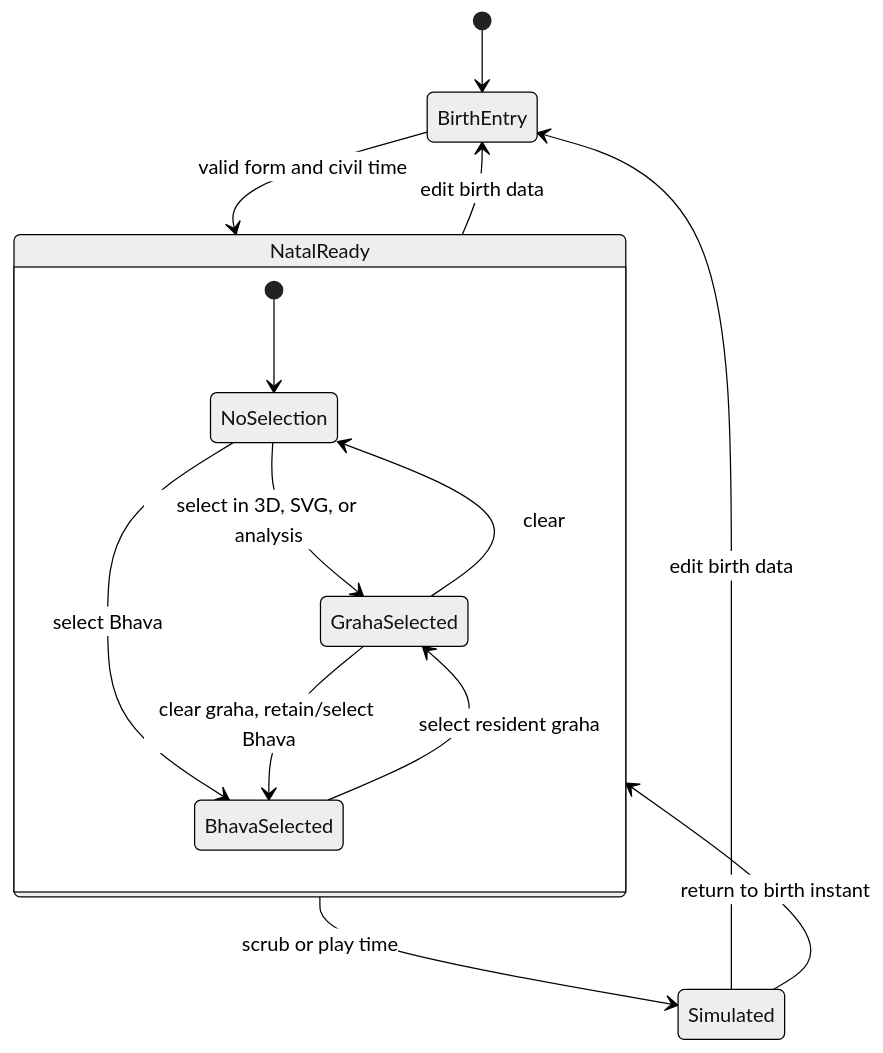
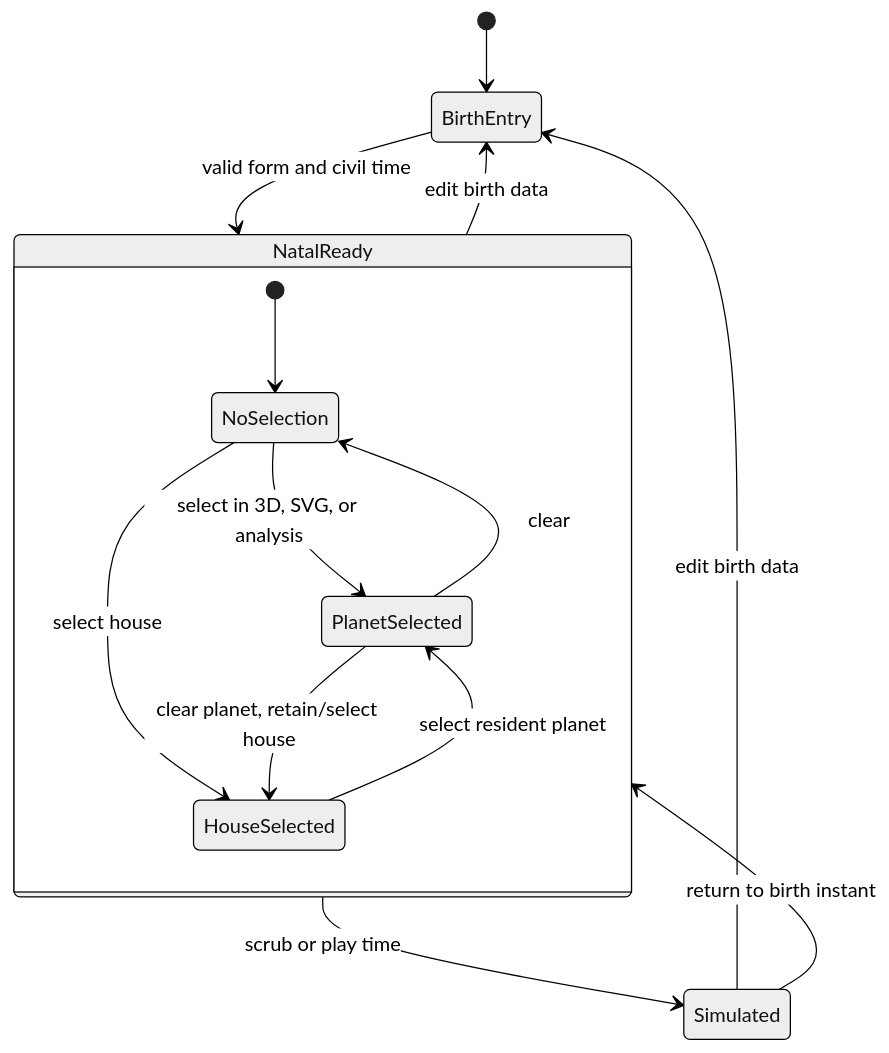
The second of 2 diagrams in docs/ARCHITECTURE.md (diprajkadlag/VedicAstrologer), drawn with Mermaid (neutral theme) before and after one commit. The commit also changed other lines of this file and 45 other files, not shown here.

````diff
--- a/docs/ARCHITECTURE.md
+++ b/docs/ARCHITECTURE.md
@@ -241,18 +257,18 @@
 ```mermaid
 stateDiagram-v2
     [*] --> BirthEntry
     BirthEntry --> NatalReady: valid form and civil time
     NatalReady --> Simulated: scrub or play time
     Simulated --> NatalReady: return to birth instant
     NatalReady --> BirthEntry: edit birth data
     Simulated --> BirthEntry: edit birth data
 
     state NatalReady {
         [*] --> NoSelection
-        NoSelection --> GrahaSelected: select in 3D, SVG, or analysis
-        GrahaSelected --> NoSelection: clear
-        NoSelection --> BhavaSelected: select Bhava
-        BhavaSelected --> GrahaSelected: select resident graha
-        GrahaSelected --> BhavaSelected: clear graha, retain/select Bhava
+        NoSelection --> PlanetSelected: select in 3D, SVG, or analysis
+        PlanetSelected --> NoSelection: clear
+        NoSelection --> HouseSelected: select house
+        HouseSelected --> PlanetSelected: select resident planet
+        PlanetSelected --> HouseSelected: clear planet, retain/select house
     }
 ```
````
